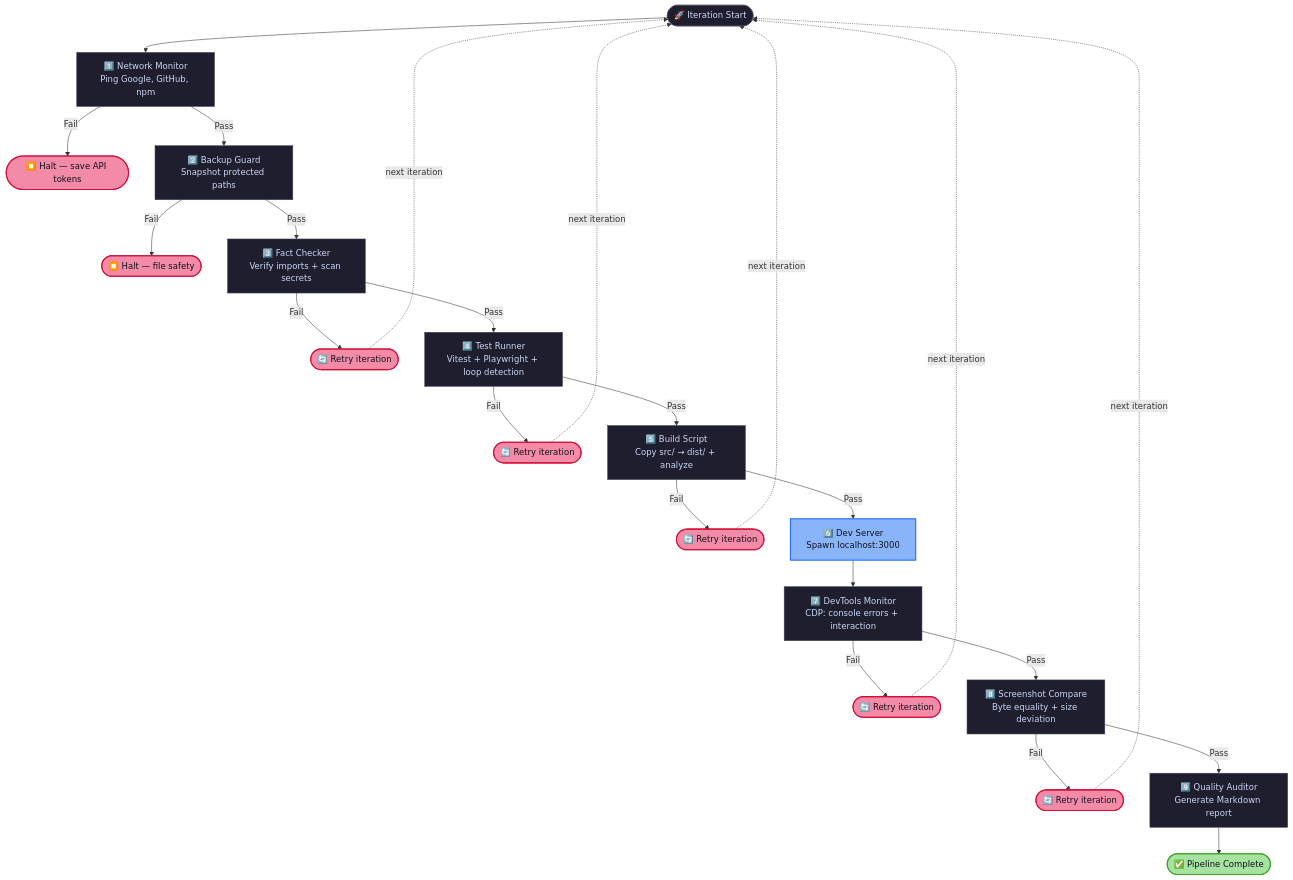
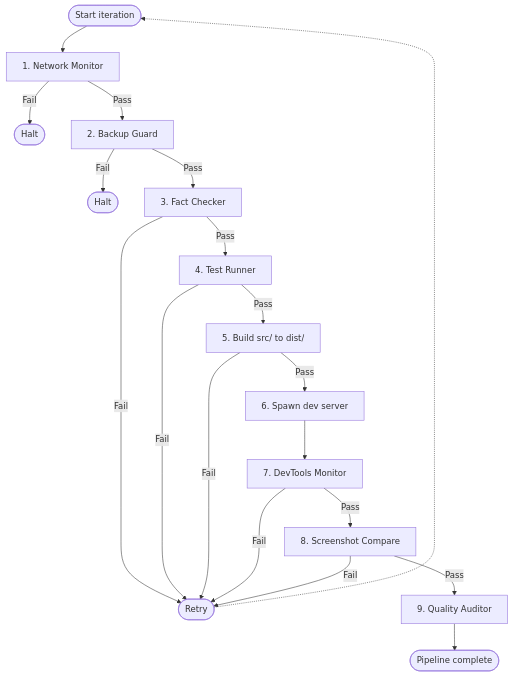
The second of 2 diagrams in README.md (ntd25022006q/universal-agent-enforcer), drawn with Mermaid before and after one commit. The commit also changed other lines of this file, not shown here.

First line of the commit message:
docs: design interactive README with centered layout, badges, and flowcharts

````diff
--- a/README.md
+++ b/README.md
@@ -96,32 +57,21 @@
 ```mermaid
 flowchart TD
-    classDef step fill:#1e1e2e,stroke:#45475a,stroke-width:1px,color:#cdd6f4
-    classDef gate fill:#fab387,stroke:#e64553,stroke-width:2px,color:#11111b
-    classDef pass fill:#a6e3a1,stroke:#40a02b,stroke-width:2px,color:#11111b
-    classDef fail fill:#f38ba8,stroke:#d20f39,stroke-width:2px,color:#11111b
-    classDef proc fill:#89b4fa,stroke:#1e66f5,stroke-width:2px,color:#11111b
-
-    START([🚀 Iteration Start]):::step --> NET[1️⃣ Network Monitor<br/>Ping Google, GitHub, npm]:::step
-    NET -->|Fail| HALT1([⏹️ Halt — save API tokens]):::fail
-    NET -->|Pass| BAK[2️⃣ Backup Guard<br/>Snapshot protected paths]:::step
-    BAK -->|Fail| HALT2([⏹️ Halt — file safety]):::fail
-    BAK -->|Pass| FACT[3️⃣ Fact Checker<br/>Verify imports + scan secrets]:::step
-    FACT -->|Fail| RETRY1([🔄 Retry iteration]):::fail
-    FACT -->|Pass| TEST[4️⃣ Test Runner<br/>Vitest + Playwright + loop detection]:::step
-    TEST -->|Fail| RETRY2([🔄 Retry iteration]):::fail
-    TEST -->|Pass| BUILD[5️⃣ Build Script<br/>Copy src/ → dist/ + analyze]:::step
-    BUILD -->|Fail| RETRY3([🔄 Retry iteration]):::fail
-    BUILD -->|Pass| SERVER[6️⃣ Dev Server<br/>Spawn localhost:3000]:::proc
-    SERVER --> CDP[7️⃣ DevTools Monitor<br/>CDP: console errors + interaction]:::step
-    CDP -->|Fail| RETRY4([🔄 Retry iteration]):::fail
-    CDP -->|Pass| VIS[8️⃣ Screenshot Compare<br/>Byte equality + size deviation]:::step
-    VIS -->|Fail| RETRY5([🔄 Retry iteration]):::fail
-    VIS -->|Pass| AUDIT[9️⃣ Quality Auditor<br/>Generate Markdown report]:::step
-    AUDIT --> DONE([✅ Pipeline Complete]):::pass
-
-    RETRY1 -.->|next iteration| START
-    RETRY2 -.->|next iteration| START
-    RETRY3 -.->|next iteration| START
-    RETRY4 -.->|next iteration| START
-    RETRY5 -.->|next iteration| START
+    S([Start iteration]) --> N[1. Network Monitor]
+    N -->|Fail| H1([Halt])
+    N -->|Pass| B[2. Backup Guard]
+    B -->|Fail| H2([Halt])
+    B -->|Pass| F[3. Fact Checker]
+    F -->|Fail| R([Retry])
+    F -->|Pass| T[4. Test Runner]
+    T -->|Fail| R
+    T -->|Pass| BD[5. Build src/ to dist/]
+    BD -->|Fail| R
+    BD -->|Pass| SV[6. Spawn dev server]
+    SV --> D[7. DevTools Monitor]
+    D -->|Fail| R
+    D -->|Pass| V[8. Screenshot Compare]
+    V -->|Fail| R
+    V -->|Pass| A[9. Quality Auditor]
+    A --> OK([Pipeline complete])
+    R -.-> S
 ```
````
